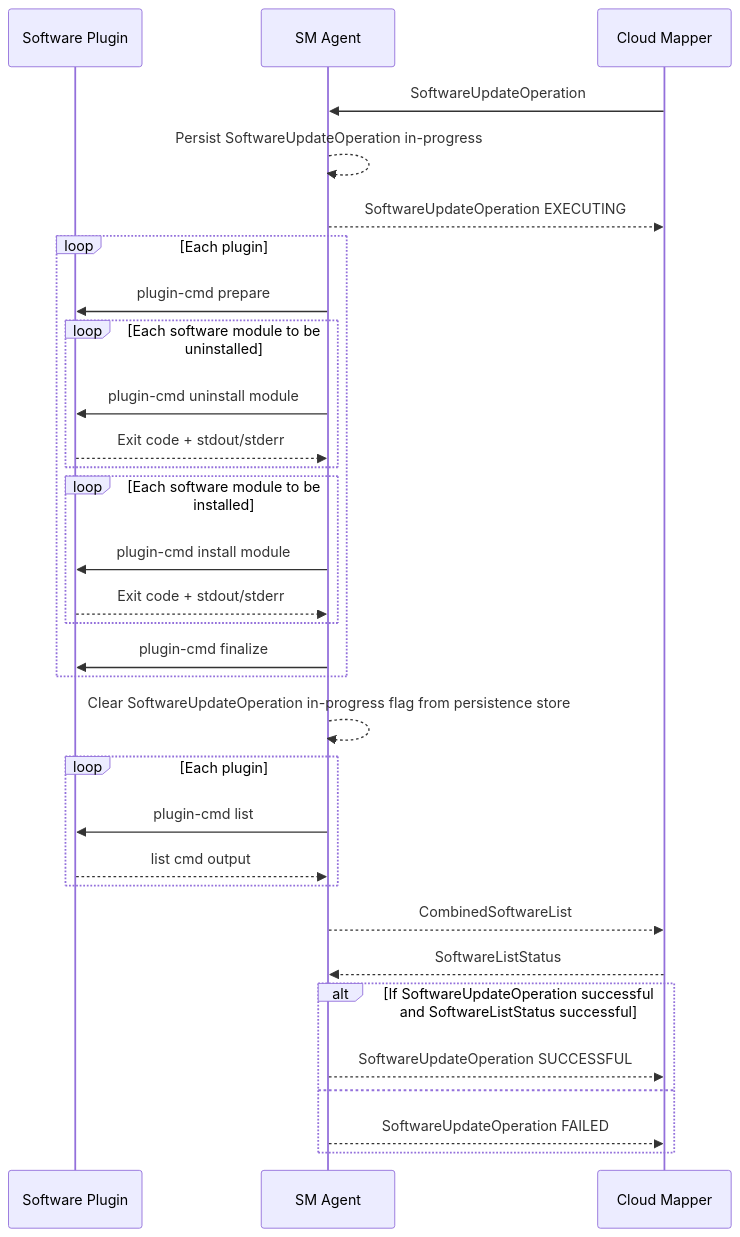
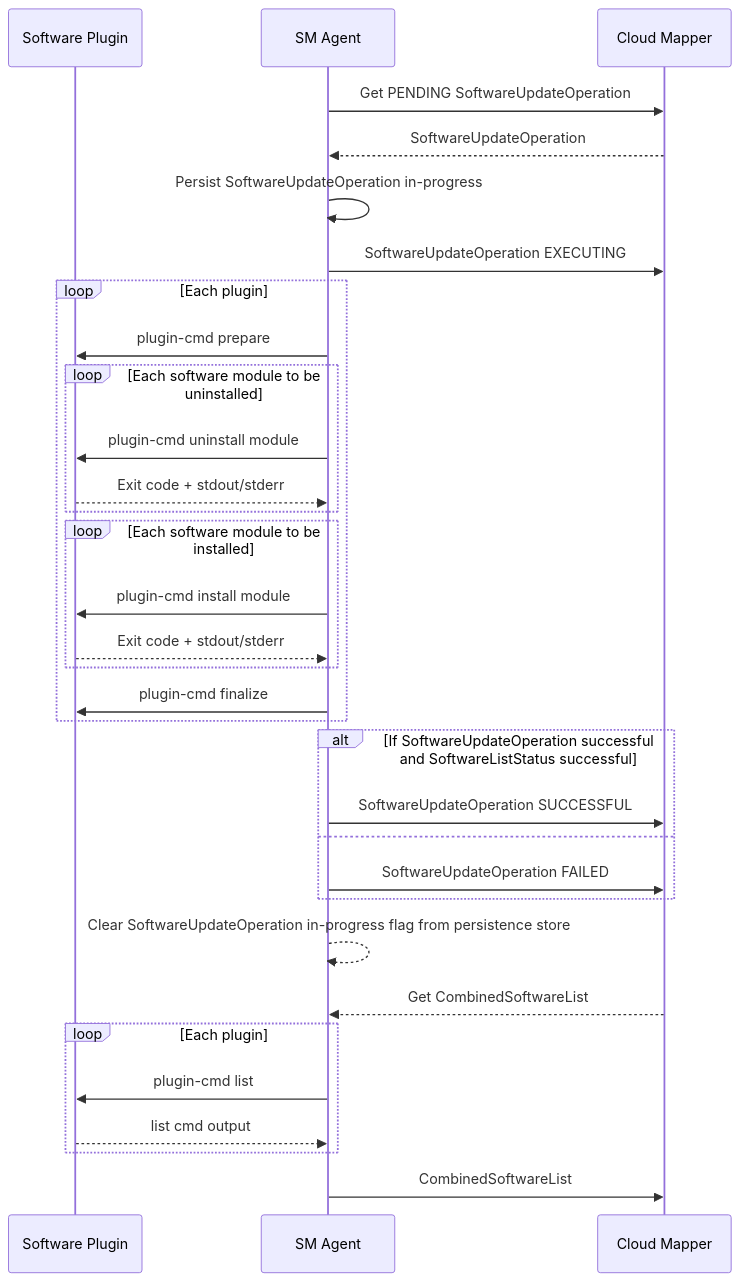
The second of 2 diagrams in src/software-management/sm-agent.md (thin-edge/thin-edge.io-specs), drawn with Mermaid before and after one commit. The commit also changed other lines of this file, not shown here.

````diff
--- a/src/software-management/sm-agent.md
+++ b/src/software-management/sm-agent.md
@@ -29,41 +29,43 @@
 ```mermaid
 sequenceDiagram
     participant Software Plugin
     participant SM Agent
     participant Cloud Mapper
-    Cloud Mapper->>SM Agent: SoftwareUpdateOperation
 
-    SM Agent-->>SM Agent: Persist SoftwareUpdateOperation in-progress
-    SM Agent-->>Cloud Mapper: SoftwareUpdateOperation EXECUTING
+    SM Agent->>Cloud Mapper: Get PENDING SoftwareUpdateOperation
+    Cloud Mapper-->>SM Agent: SoftwareUpdateOperation
+
+    SM Agent->>SM Agent: Persist SoftwareUpdateOperation in-progress
+    SM Agent->>Cloud Mapper: SoftwareUpdateOperation EXECUTING
     loop Each plugin
         SM Agent->>Software Plugin: plugin-cmd prepare
 
         loop Each software module to be uninstalled
             SM Agent->>Software Plugin: plugin-cmd uninstall module
             Software Plugin-->>SM Agent: Exit code + stdout/stderr
         end
 
         loop Each software module to be installed
             SM Agent->>Software Plugin: plugin-cmd install module
             Software Plugin-->>SM Agent: Exit code + stdout/stderr
         end
 
         SM Agent->>Software Plugin: plugin-cmd finalize
     end
 
+    alt If SoftwareUpdateOperation successful and SoftwareListStatus successful
+        SM Agent->>Cloud Mapper: SoftwareUpdateOperation SUCCESSFUL
+    else
+        SM Agent->>Cloud Mapper: SoftwareUpdateOperation FAILED
+    end
+
     SM Agent-->>SM Agent: Clear SoftwareUpdateOperation in-progress flag from persistence store
 
-
+    Cloud Mapper-->>SM Agent: Get CombinedSoftwareList
     loop Each plugin
         SM Agent->>Software Plugin: plugin-cmd list
         Software Plugin-->>SM Agent: list cmd output
     end
-    SM Agent-->>Cloud Mapper: CombinedSoftwareList
-    Cloud Mapper-->>SM Agent: SoftwareListStatus
+    SM Agent->>Cloud Mapper: CombinedSoftwareList
 
-    alt If SoftwareUpdateOperation successful and SoftwareListStatus successful
-        SM Agent-->>Cloud Mapper: SoftwareUpdateOperation SUCCESSFUL
-    else
-        SM Agent-->>Cloud Mapper: SoftwareUpdateOperation FAILED
-    end
 ```
````
